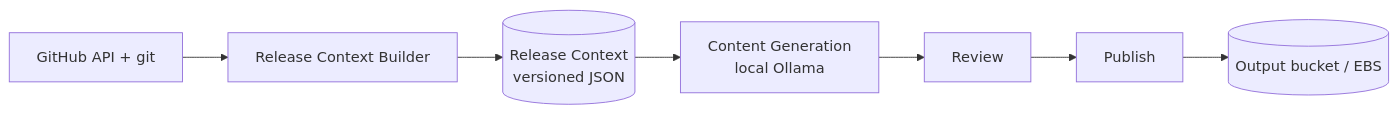
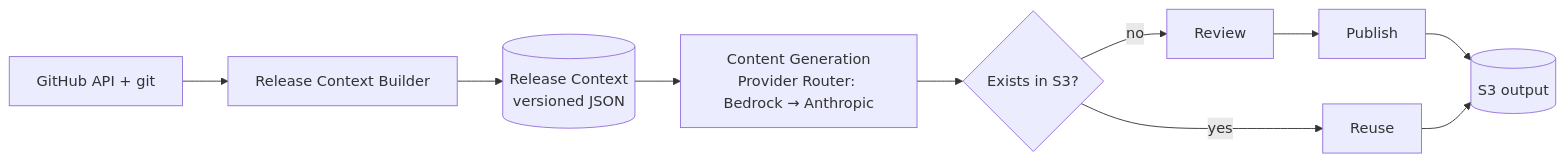
The fourth of 8 diagrams in docs/architecture.md (teddynted/ai-github-repository-blog-generator), drawn with Mermaid before and after one commit. The commit also changed other lines of this file, not shown here.

First line of the commit message:
docs(architecture): rewrite for /process → Step Functions → Provider Router (Stage D)

````diff
--- a/docs/architecture.md
+++ b/docs/architecture.md
@@ -165,7 +167,10 @@
 ```mermaid
 flowchart LR
     SRC[GitHub API + git] --> RCB[Release Context Builder]
     RCB --> RCX[(Release Context<br/>versioned JSON)]
-    RCX --> GEN[Content Generation<br/>local Ollama]
-    GEN --> REV[Review] --> PUB[Publish] --> OUT[(Output bucket / EBS)]
+    RCX --> GEN[Content Generation<br/>Provider Router: Bedrock → Anthropic]
+    GEN --> S3CHK{Exists in S3?}
+    S3CHK -- yes --> REUSE[Reuse]
+    S3CHK -- no --> REV[Review] --> PUB[Publish] --> OUT[(S3 output)]
+    REUSE --> OUT
 ```
````
